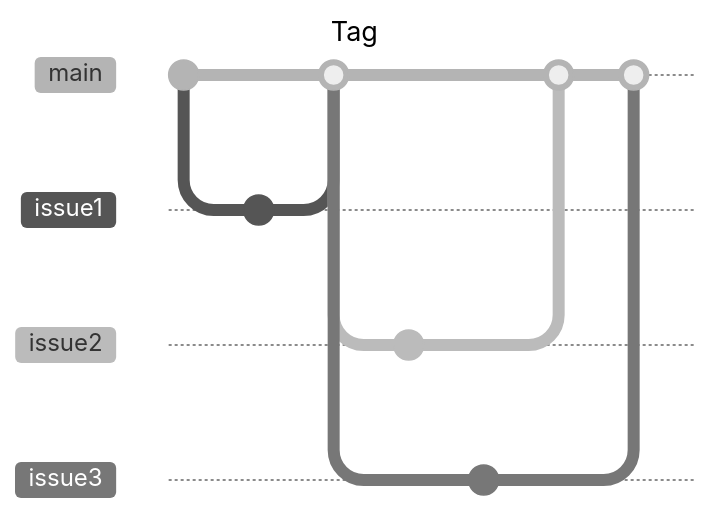
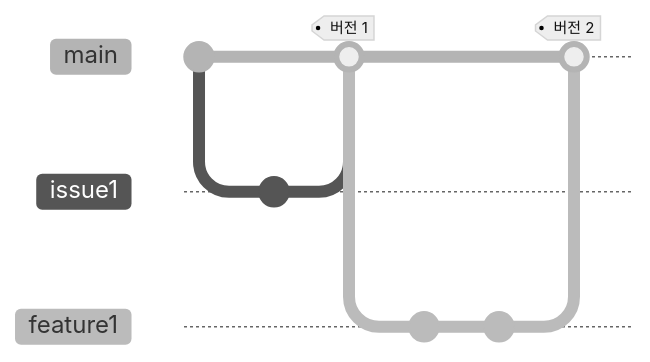
Before and after one commit to choiexe1/local: the second of 2 diagrams in Daily/2025-03-12.md, drawn with Mermaid (neutral theme). The commit also changed other lines of this file and 1 other file, not shown here. Commit ids are hidden.

Commit message:
vault backup: 2025-03-12 13:39:16

````diff
--- a/Daily/2025-03-12.md
+++ b/Daily/2025-03-12.md
@@ -61,22 +62,17 @@
 ```mermaid
----
-title: Tag
----
 gitGraph
    commit
    branch issue1
    checkout issue1
    commit
    
    checkout main
-   merge issue1
-   branch issue2
-   branch issue3
-   checkout issue2
+   merge issue1 tag:"버전 1"
+   branch feature1
+   checkout feature1
    commit
-   checkout issue3
    commit
    checkout main
-   merge issue2
-   merge issue3
+   merge feature1 tag:"버전 2"
+   
 ```
````
